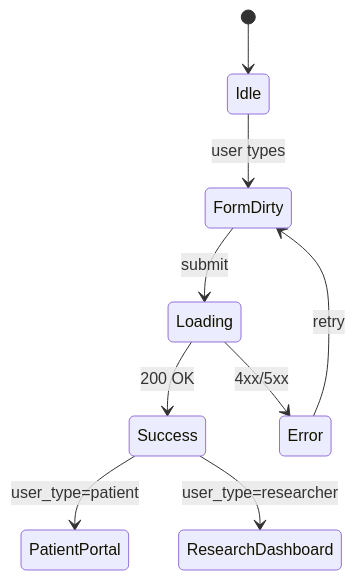
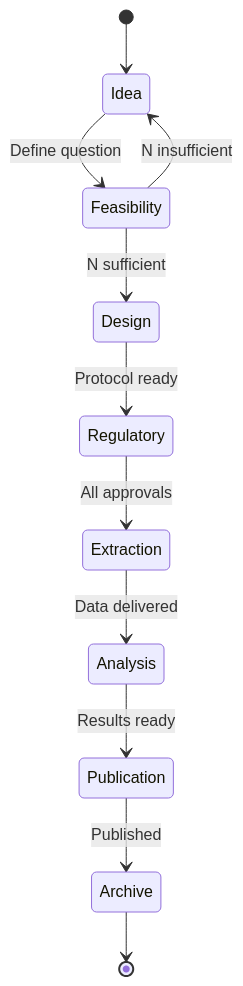
The first of 3 diagrams in docs/STATE_MACHINES.md (raimp001/HealthDB), drawn with Mermaid before and after one commit. The commit also changed other lines of this file and 2 other files, not shown here.

First line of the commit message:
Comprehensive platform architecture with state machines and regulatory automation

````diff
--- a/docs/STATE_MACHINES.md
+++ b/docs/STATE_MACHINES.md
@@ -617,11 +1144,13 @@
 ```mermaid
 stateDiagram-v2
-    [*] --> Idle
-    Idle --> FormDirty: user types
-    FormDirty --> Loading: submit
-    Loading --> Success: 200 OK
-    Loading --> Error: 4xx/5xx
-    Error --> FormDirty: retry
-    Success --> PatientPortal: user_type=patient
-    Success --> ResearchDashboard: user_type=researcher
+    [*] --> Idea
+    Idea --> Feasibility: Define question
+    Feasibility --> Design: N sufficient
+    Feasibility --> Idea: N insufficient
+    Design --> Regulatory: Protocol ready
+    Regulatory --> Extraction: All approvals
+    Extraction --> Analysis: Data delivered
+    Analysis --> Publication: Results ready
+    Publication --> Archive: Published
+    Archive --> [*]
 ```
````
